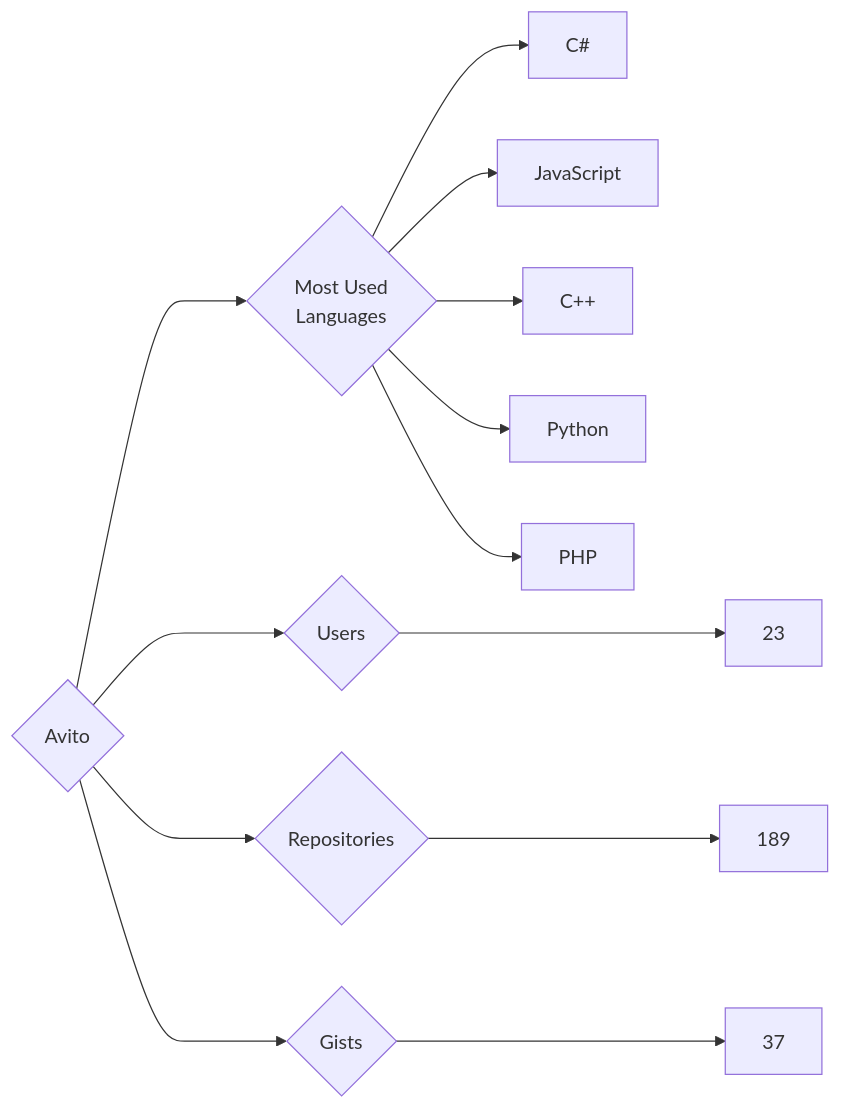
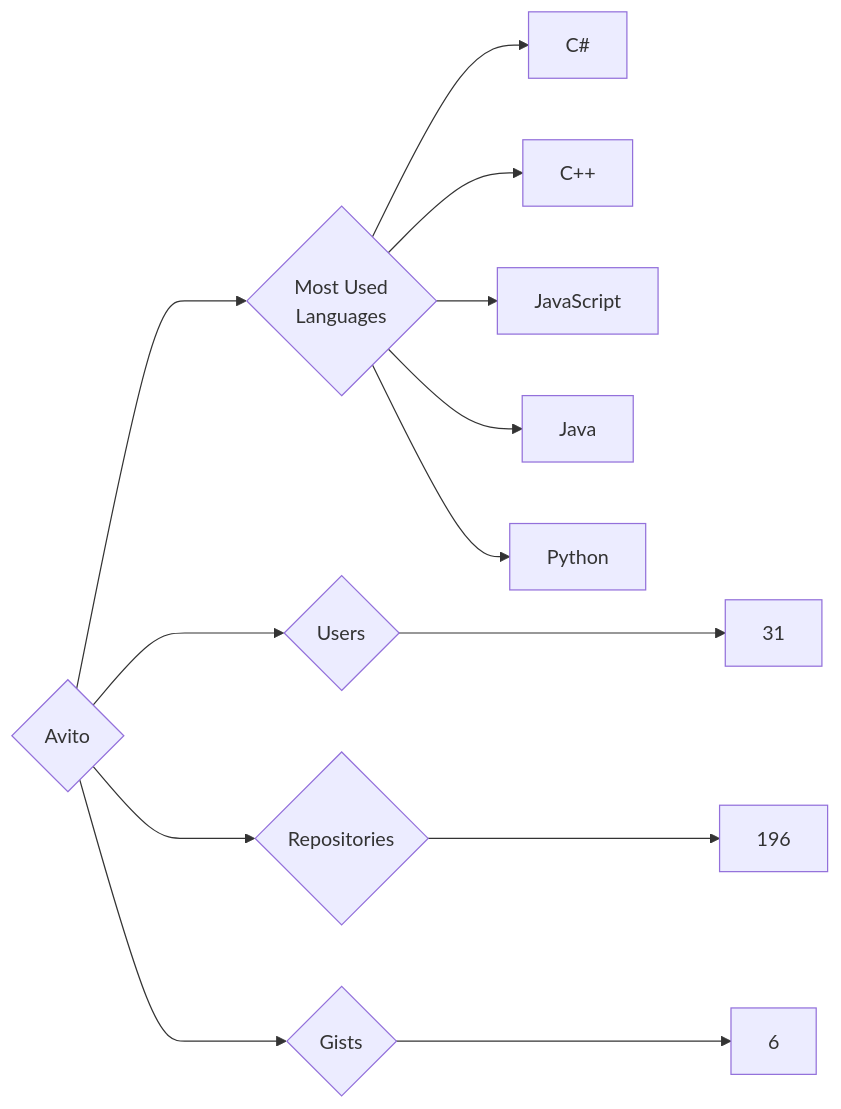
One commit to trickest/insiders changed the diagram in targets/Avito/README.md. Above: the diagram before and after it, drawn with Mermaid. The commit also changed 900 other files, not shown here.

````diff
--- a/targets/Avito/README.md
+++ b/targets/Avito/README.md
@@ -3,13 +3,13 @@
 ```mermaid
 graph LR
 COMPANY_NAME{Avito}
-COMPANY_NAME ---> U{Users} ---> UN[23]
-COMPANY_NAME ---> R{Repositories} ---> RN[189]
-COMPANY_NAME ---> G{Gists} ---> GN[37]
+COMPANY_NAME ---> U{Users} ---> UN[31]
+COMPANY_NAME ---> R{Repositories} ---> RN[196]
+COMPANY_NAME ---> G{Gists} ---> GN[6]
 COMPANY_NAME ---> ML{Most Used<br>Languages}
 ML --> C#[C#]
+ML --> C++[C++]
 ML --> JavaScript[JavaScript]
-ML --> C++[C++]
+ML --> Java[Java]
 ML --> Python[Python]
-ML --> PHP[PHP]
 ```
````
